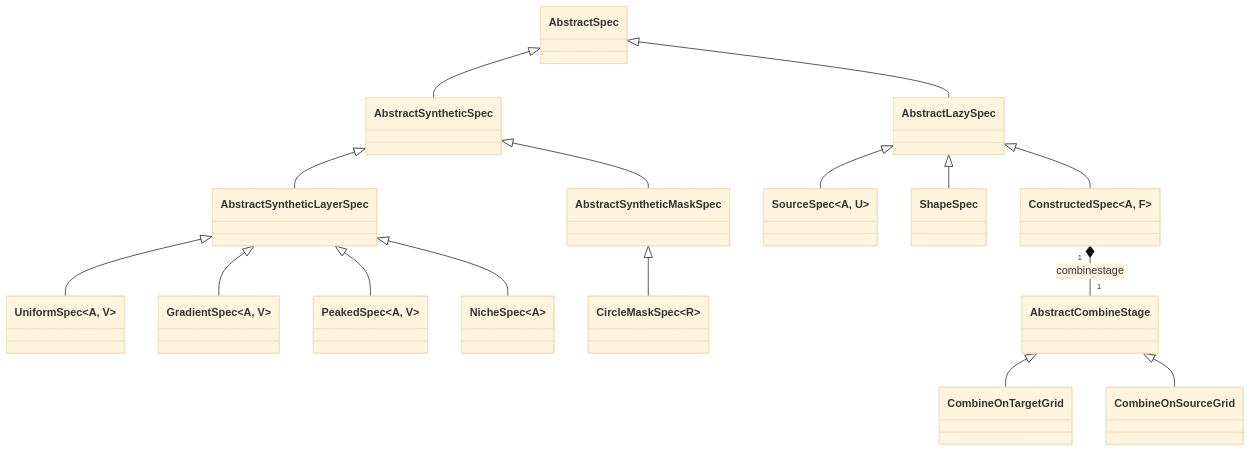
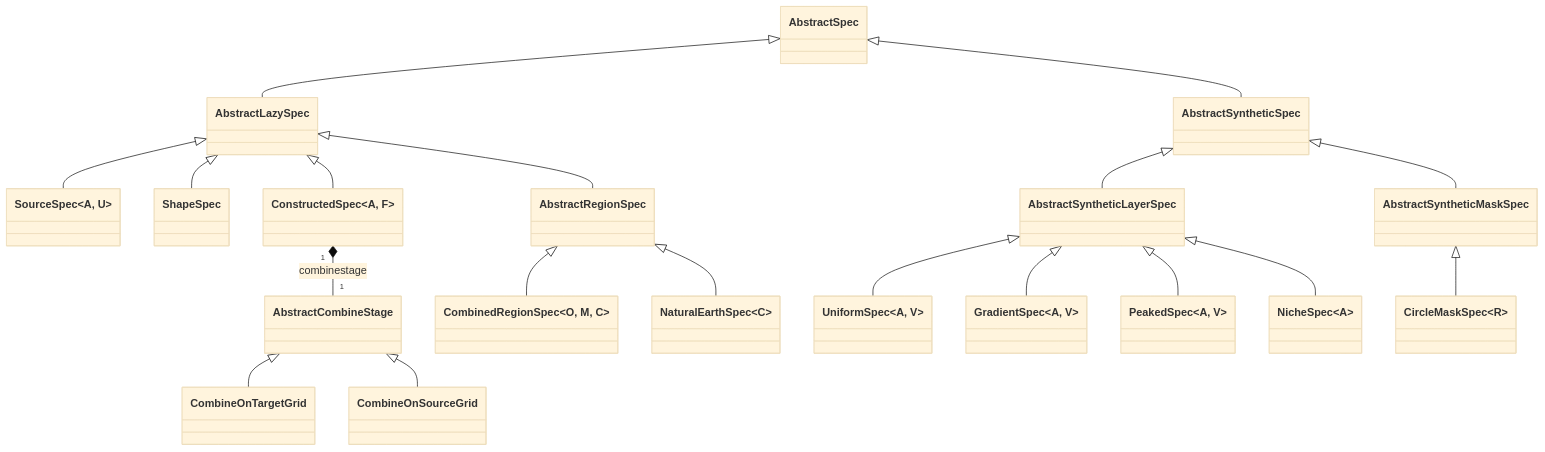
The ninth of 19 diagrams in docs/architecture.md (EcoJulia/EcoSISTEM.jl), drawn with Mermaid (base theme) before and after one commit. The commit also changed other lines of this file and 14 other files, not shown here.

````diff
--- a/docs/architecture.md
+++ b/docs/architecture.md
@@ -476,32 +481,38 @@
 ```mermaid
 classDiagram
     class AbstractSpec
     class AbstractLazySpec
     class AbstractSyntheticSpec
     class AbstractSyntheticLayerSpec
     class AbstractSyntheticMaskSpec
     class SourceSpec~A, U~
     class ShapeSpec
+    class AbstractRegionSpec
+    class NaturalEarthSpec~C~
+    class CombinedRegionSpec~O, M, C~
     class ConstructedSpec~A, F~
     class UniformSpec~A, V~
     class GradientSpec~A, V~
     class PeakedSpec~A, V~
     class NicheSpec~A~
     class CircleMaskSpec~R~
     class AbstractCombineStage
     AbstractSpec              <|-- AbstractLazySpec
     AbstractSpec              <|-- AbstractSyntheticSpec
     AbstractLazySpec          <|-- SourceSpec
     AbstractLazySpec          <|-- ShapeSpec
     AbstractLazySpec          <|-- ConstructedSpec
     AbstractSyntheticSpec     <|-- AbstractSyntheticLayerSpec
     AbstractSyntheticSpec     <|-- AbstractSyntheticMaskSpec
     AbstractSyntheticLayerSpec <|-- UniformSpec
     AbstractSyntheticLayerSpec <|-- GradientSpec
     AbstractSyntheticLayerSpec <|-- PeakedSpec
     AbstractSyntheticLayerSpec <|-- NicheSpec
     AbstractSyntheticMaskSpec  <|-- CircleMaskSpec
     AbstractCombineStage <|-- CombineOnTargetGrid
     AbstractCombineStage <|-- CombineOnSourceGrid
     ConstructedSpec "1" *-- "1" AbstractCombineStage : combinestage
+    AbstractLazySpec <|-- AbstractRegionSpec
+    AbstractRegionSpec <|-- CombinedRegionSpec
+    AbstractRegionSpec <|-- NaturalEarthSpec
 ```
````
